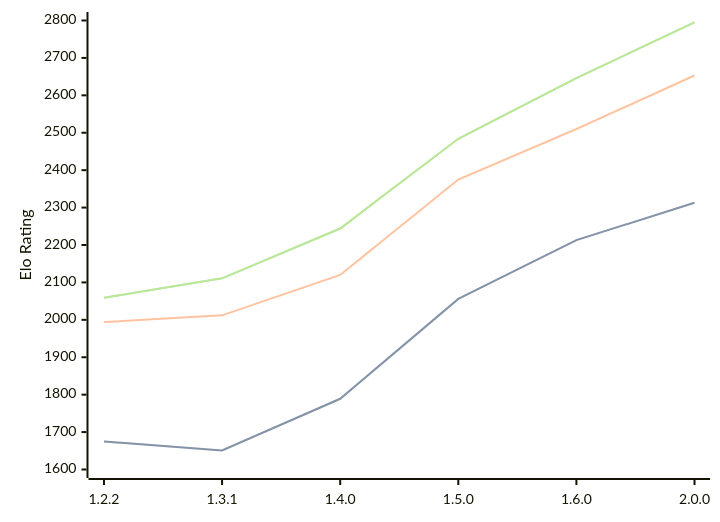
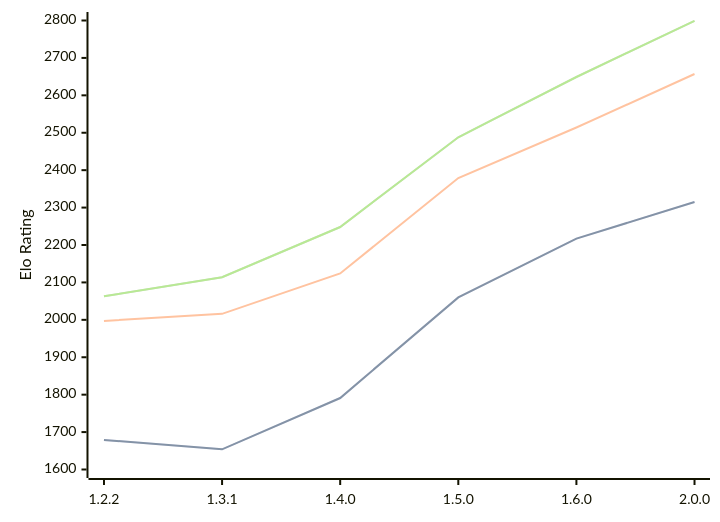
One commit to computer-chess-index/cci changed the diagram in engines/SoloEngine.md. Above: the diagram before and after it, drawn with Mermaid. The commit also changed other lines of this file, not shown here.

Commit message:
Update CCI Ratings (ELO VLTC) - 2026-04-30

````diff
--- a/engines/SoloEngine.md
+++ b/engines/SoloEngine.md
@@ -37,11 +37,11 @@
 ```mermaid
 %%{init: {"theme":"base","themeVariables":{"seriesColors:['#a3a3a3','#222221','#faa371']}}}%%
 xychart-beta
   x-axis ["1.2.2", "1.3.1", "1.4.0", "1.5.0", "1.6.0", "2.0.0"]
   y-axis "Elo Rating" 1600 --> 2800
-  line "STC (8.0+0.08s)" [1675, 1651, 1789, 2056, 2213, 2313]
-  line "STC (8.0+0.08s)" [1675, 1651, 1789, 2056, 2213, 2313]
-  line "LTC (60.0+0.60s)" [1994, 2012, 2120, 2375, 2510, 2653]
-  line "VLTC (2m24s+1.12s)" [2059, 2111, 2244, 2484, 2646, 2795]
-  line "VLTC (2m24s+1.12s)" [2059, 2111, 2244, 2484, 2646, 2795]
+  line "STC (8.0+0.08s)" [1679, 1654, 1791, 2060, 2217, 2315]
+  line "STC (8.0+0.08s)" [1679, 1654, 1791, 2060, 2217, 2315]
+  line "LTC (60.0+0.60s)" [1997, 2016, 2124, 2379, 2514, 2657]
+  line "VLTC (2m24s+1.12s)" [2063, 2114, 2248, 2488, 2649, 2799]
+  line "VLTC (2m24s+1.12s)" [2063, 2114, 2248, 2488, 2649, 2799]
 ```
````
